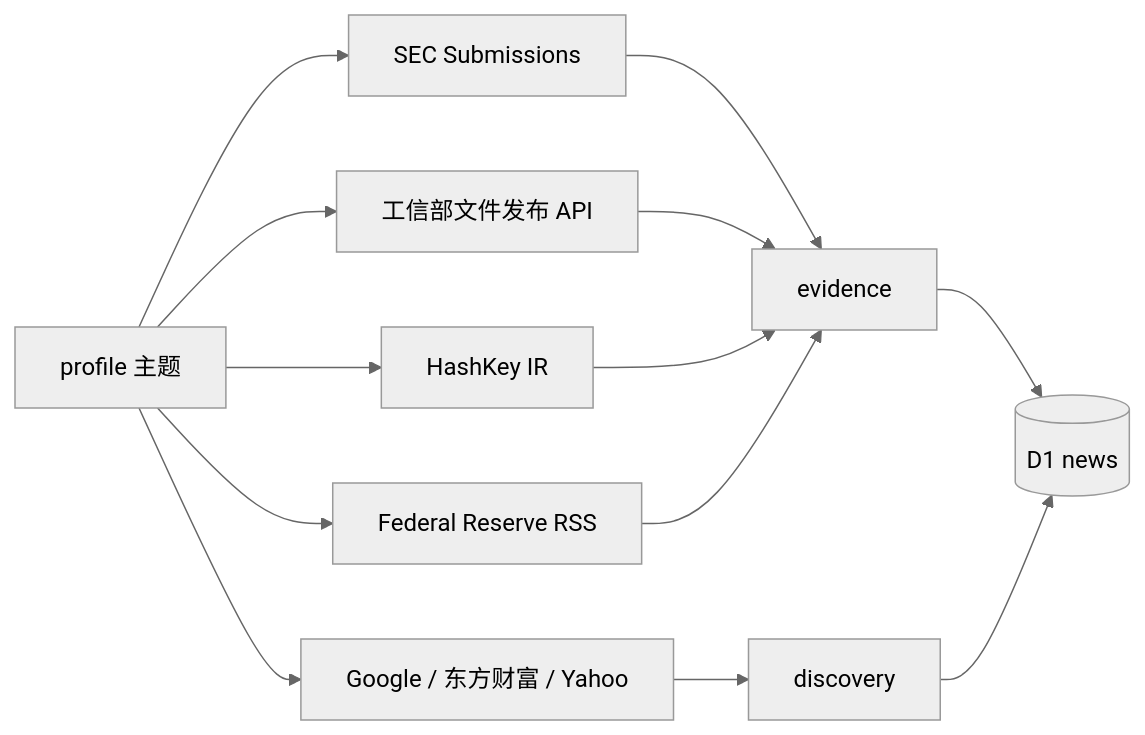
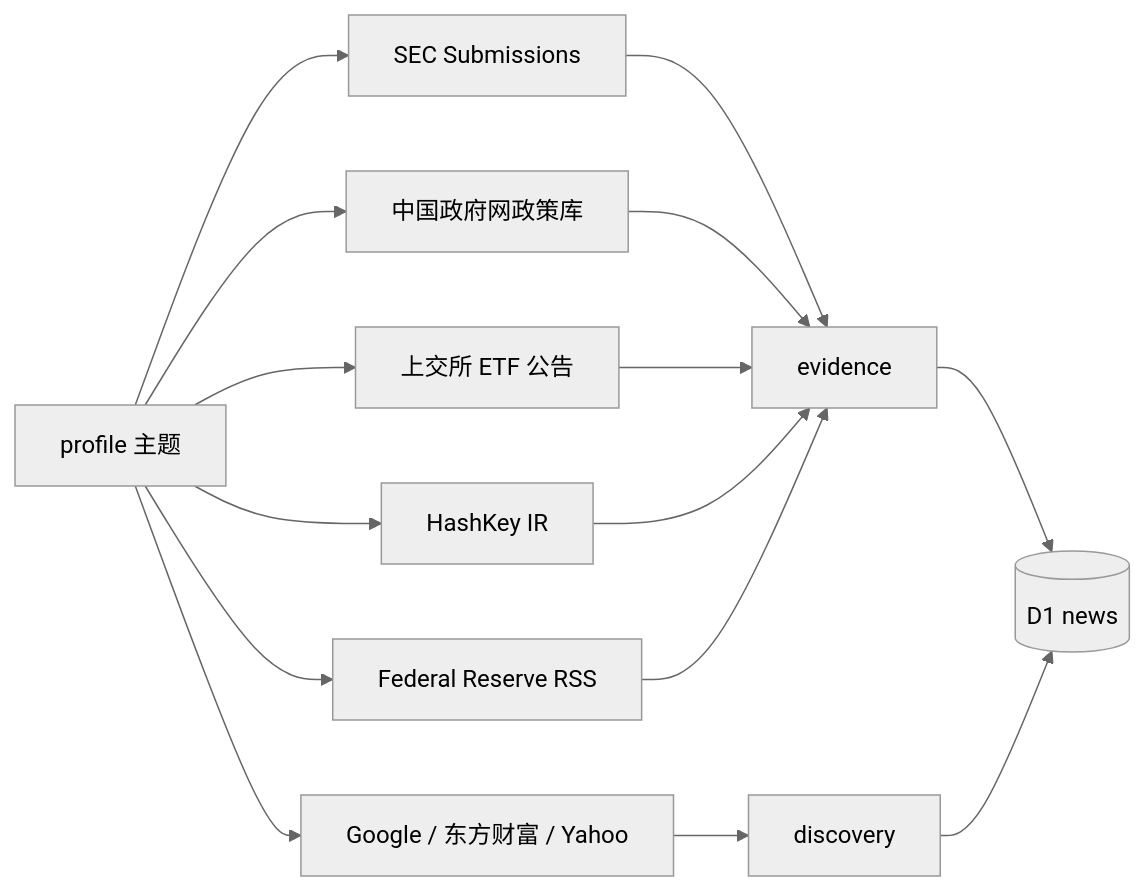
The sixth of 8 diagrams in docs/architecture-and-data-flows.md (gaaiyun/TradingWorkbench), drawn with Mermaid (neutral theme) before and after one commit. The commit also changed other lines of this file and 5 other files, not shown here.

````diff
--- a/docs/architecture-and-data-flows.md
+++ b/docs/architecture-and-data-flows.md
@@ -218,15 +218,17 @@
 ```mermaid
 flowchart LR
     Q["profile 主题"] --> SEC["SEC Submissions"]
-    Q --> MIIT["工信部文件发布 API"]
+    Q --> GOV["中国政府网政策库"]
+    Q --> SSE["上交所 ETF 公告"]
     Q --> IR["HashKey IR"]
     Q --> FED["Federal Reserve RSS"]
     Q --> DISC["Google / 东方财富 / Yahoo"]
     SEC --> E["evidence"]
-    MIIT --> E
+    GOV --> E
+    SSE --> E
     IR --> E
     FED --> E
     DISC --> D["discovery"]
     E --> DB[("D1 news")]
     D --> DB
 ```
````
